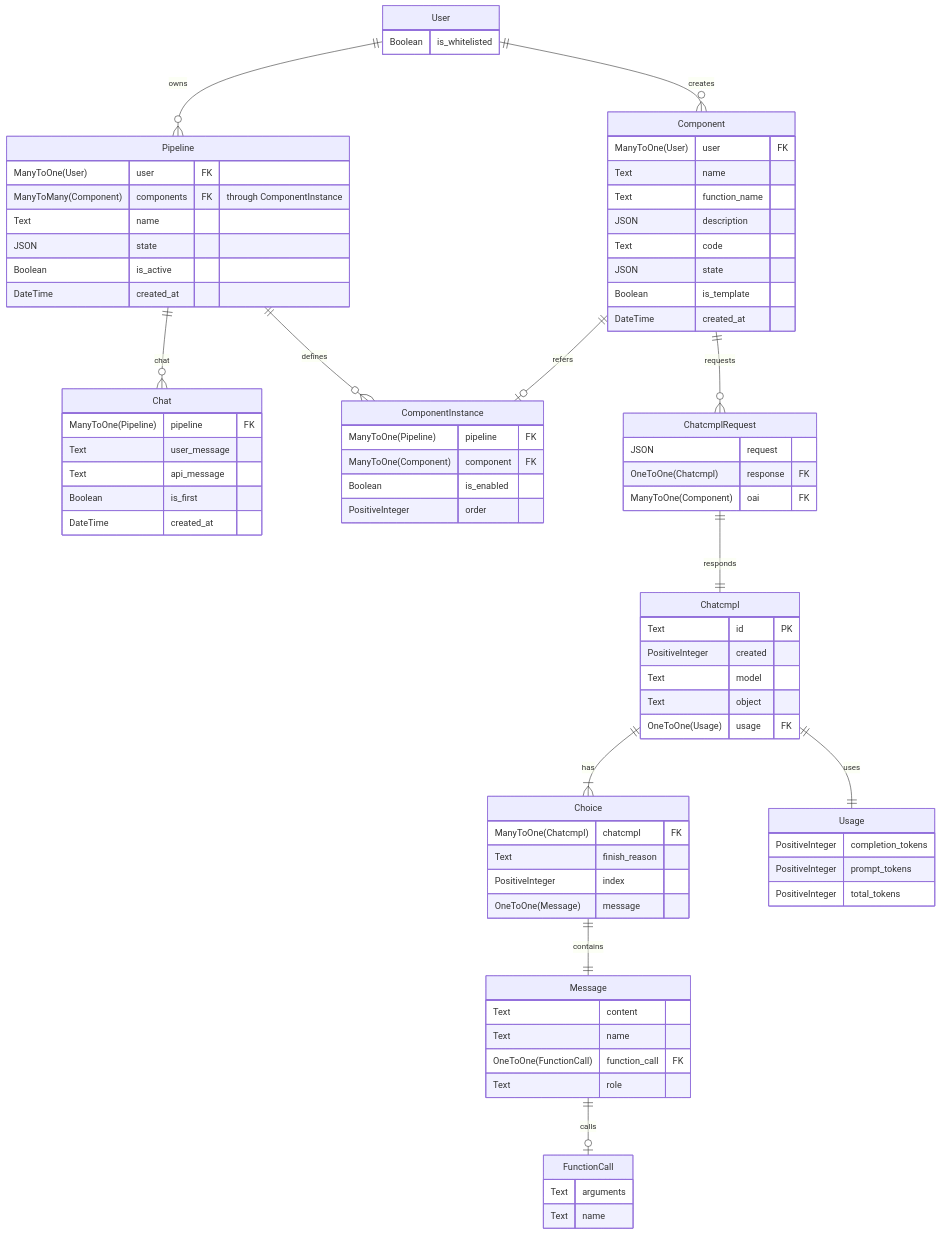
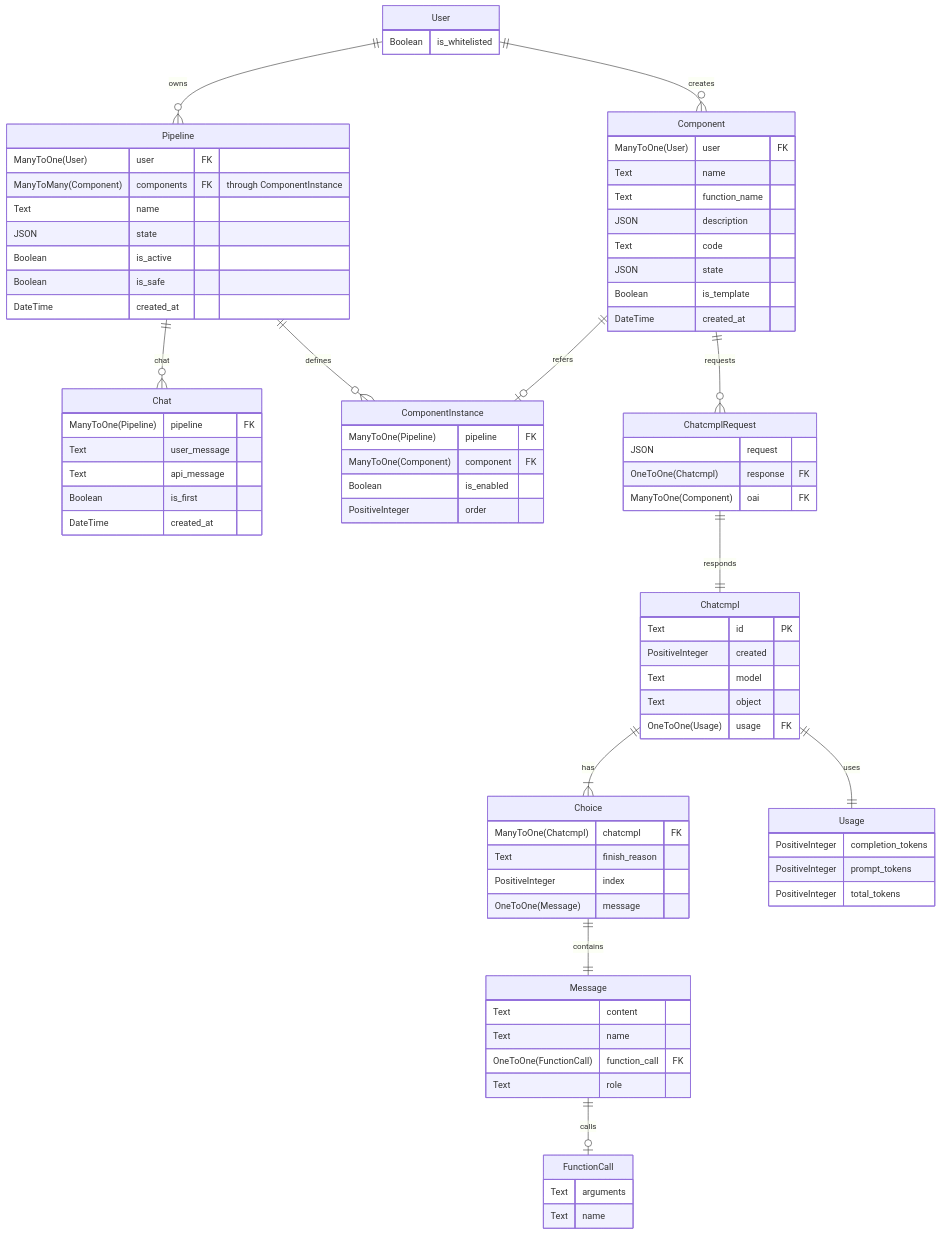
The diagram in README.md (LioQing/chat-composer), drawn with Mermaid before and after one commit. The commit also changed 13 other files, not shown here.

````diff
--- a/README.md
+++ b/README.md
@@ -8,5 +8,4 @@
 ```mermaid
-
 erDiagram
     User {
         Boolean is_whitelisted
@@ -29,6 +28,7 @@
         Text name
         JSON state
         Boolean is_active
+        Boolean is_safe
         DateTime created_at
     }
 
````
